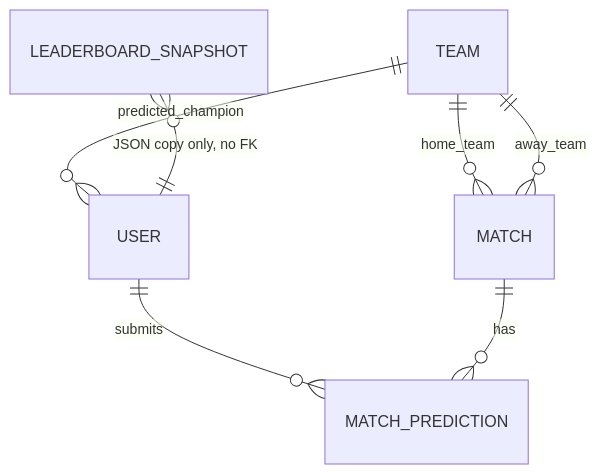
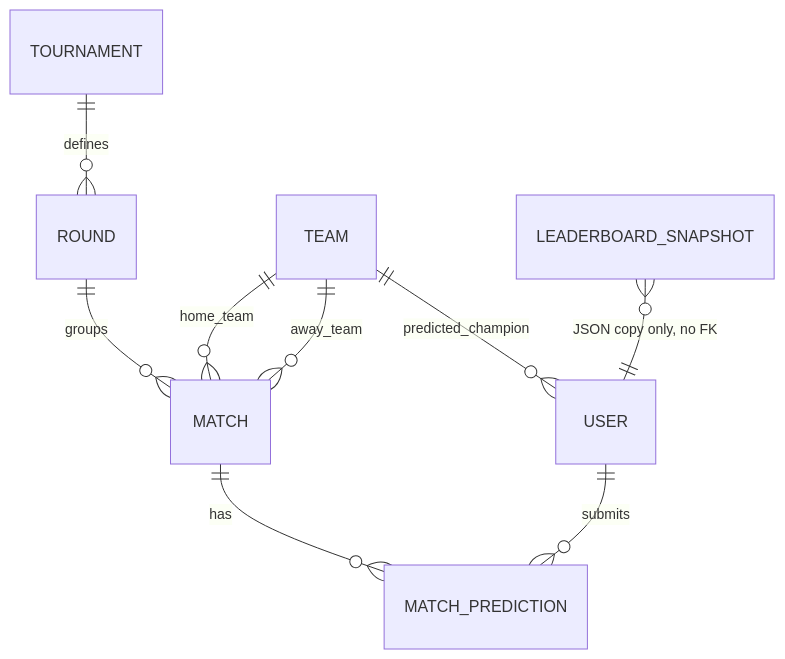
Before and after one commit to ConstantinKurz/shorty-tipp: the second of 3 diagrams in docs/project/architecture.md, drawn with Mermaid. The commit also changed other lines of this file and 2 other files, not shown here.

Commit message:
revised architecture and readme

````diff
--- a/docs/project/architecture.md
+++ b/docs/project/architecture.md
@@ -94,9 +120,11 @@
 ```mermaid
 erDiagram
+    TOURNAMENT ||--o{ ROUND : defines
+    ROUND ||--o{ MATCH : groups
     USER ||--o{ MATCH_PREDICTION : submits
     TEAM ||--o{ MATCH : home_team
     TEAM ||--o{ MATCH : away_team
     MATCH ||--o{ MATCH_PREDICTION : has
     TEAM ||--o{ USER : predicted_champion
     LEADERBOARD_SNAPSHOT }o--|| USER : "JSON copy only, no FK"
 ```
````
